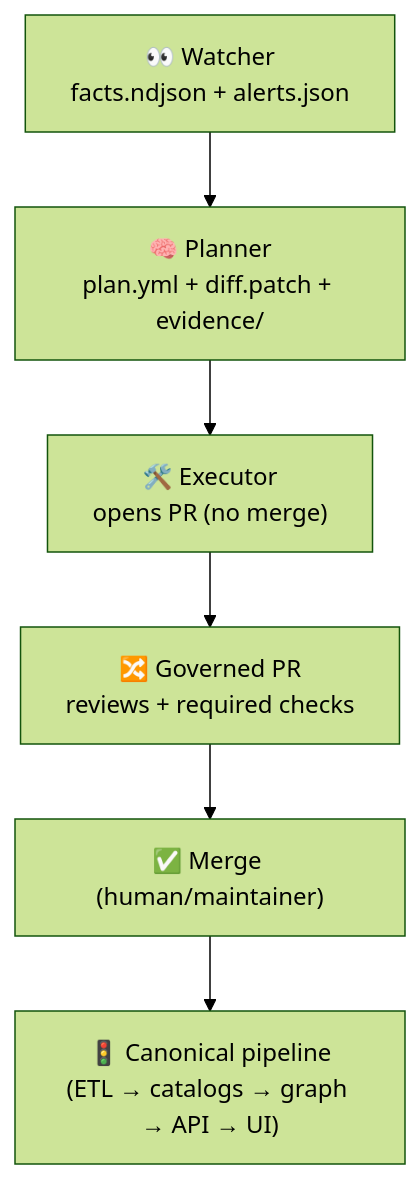
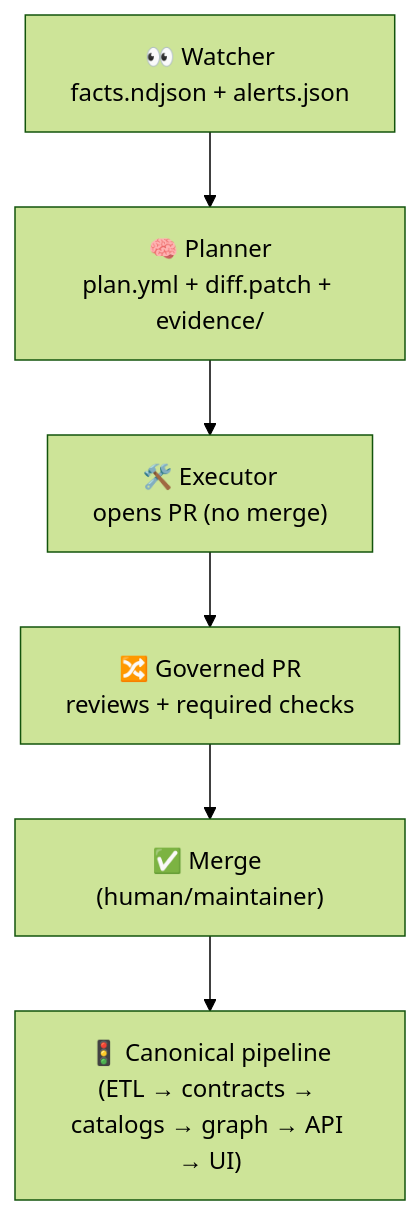
Before and after one commit to bartytime4life/Kansas-Frontier-Matrix: the second of 5 diagrams in README.md, drawn with Mermaid (forest theme). The commit also changed other lines of this file, not shown here.

````diff
--- a/README.md
+++ b/README.md
@@ -176,8 +258,8 @@
 ```mermaid
 flowchart TB
   W["👀 Watcher<br/>facts.ndjson + alerts.json"] --> P["🧠 Planner<br/>plan.yml + diff.patch + evidence/"]
   P --> E["🛠️ Executor<br/>opens PR (no merge)"]
   E --> PR["🔀 Governed PR<br/>reviews + required checks"]
   PR --> MERGE["✅ Merge (human/maintainer)"]
-  MERGE --> PIPE["🚦 Canonical pipeline<br/>(ETL → catalogs → graph → API → UI)"]
+  MERGE --> PIPE["🚦 Canonical pipeline<br/>(ETL → contracts → catalogs → graph → API → UI)"]
 ```
````
